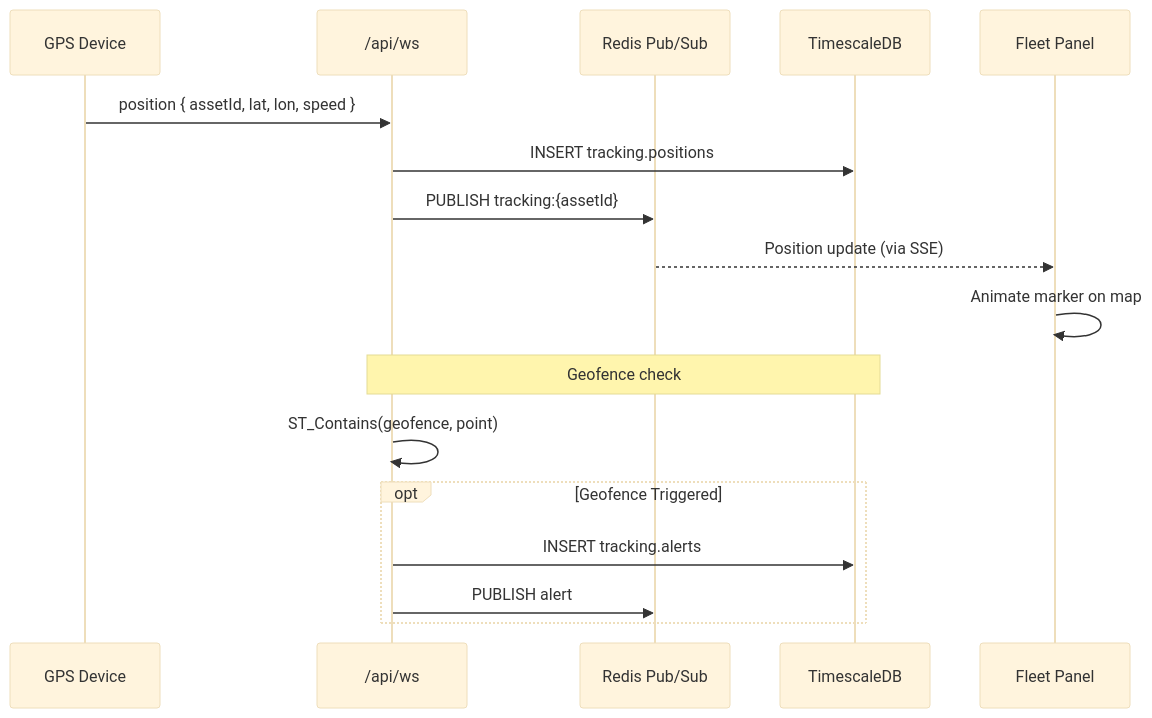
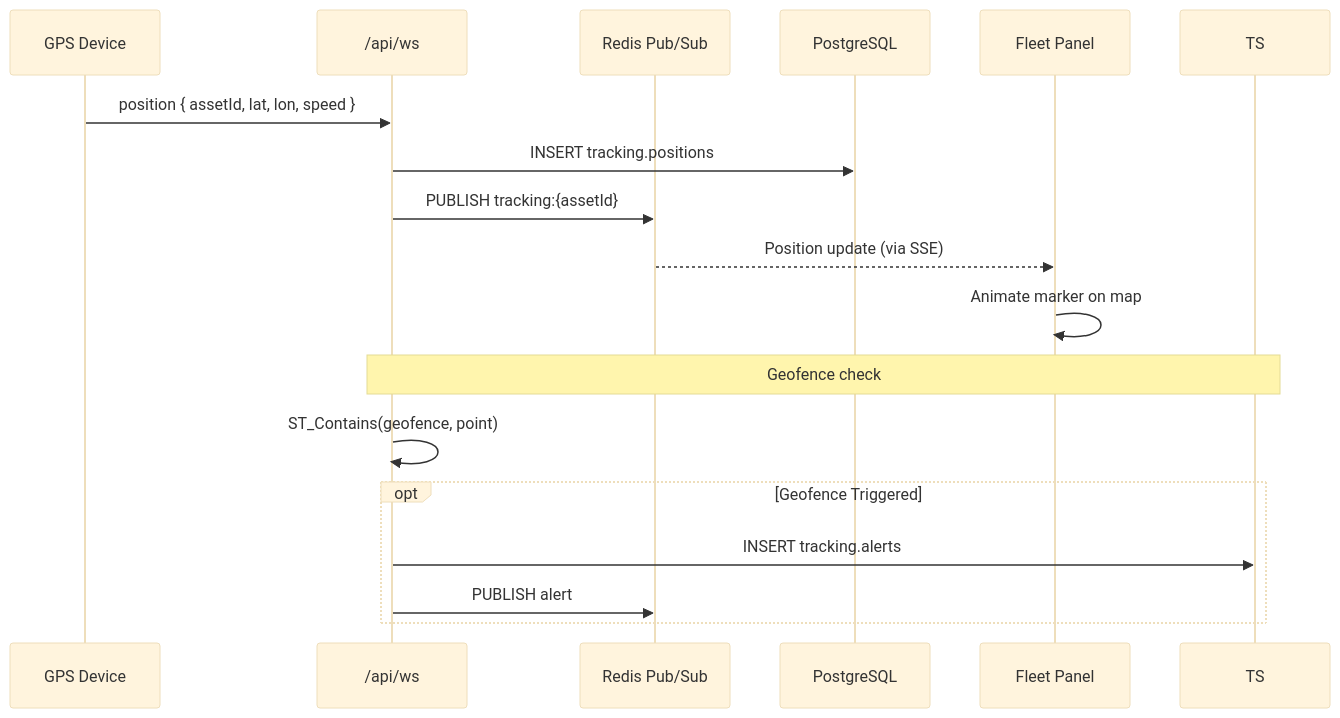
Before and after one commit to Escherbridge/plantgeo: diagram 12 of 22 in docs/diagrams.md, drawn with Mermaid (base theme). The commit also changed other lines of this file and 36 other files, not shown here.

````diff
--- a/docs/diagrams.md
+++ b/docs/diagrams.md
@@ -396,22 +396,22 @@
 ```mermaid
 sequenceDiagram
     participant Device as GPS Device
     participant WS as /api/ws
     participant Redis as Redis Pub/Sub
-    participant TS as TimescaleDB
+    participant DB as PostgreSQL
     participant UI as Fleet Panel
 
     Device->>WS: position { assetId, lat, lon, speed }
-    WS->>TS: INSERT tracking.positions
+    WS->>DB: INSERT tracking.positions
     WS->>Redis: PUBLISH tracking:{assetId}
 
     Redis-->>UI: Position update (via SSE)
     UI->>UI: Animate marker on map
 
     Note over WS,TS: Geofence check
     WS->>WS: ST_Contains(geofence, point)
     opt Geofence Triggered
         WS->>TS: INSERT tracking.alerts
         WS->>Redis: PUBLISH alert
     end
 ```
````
